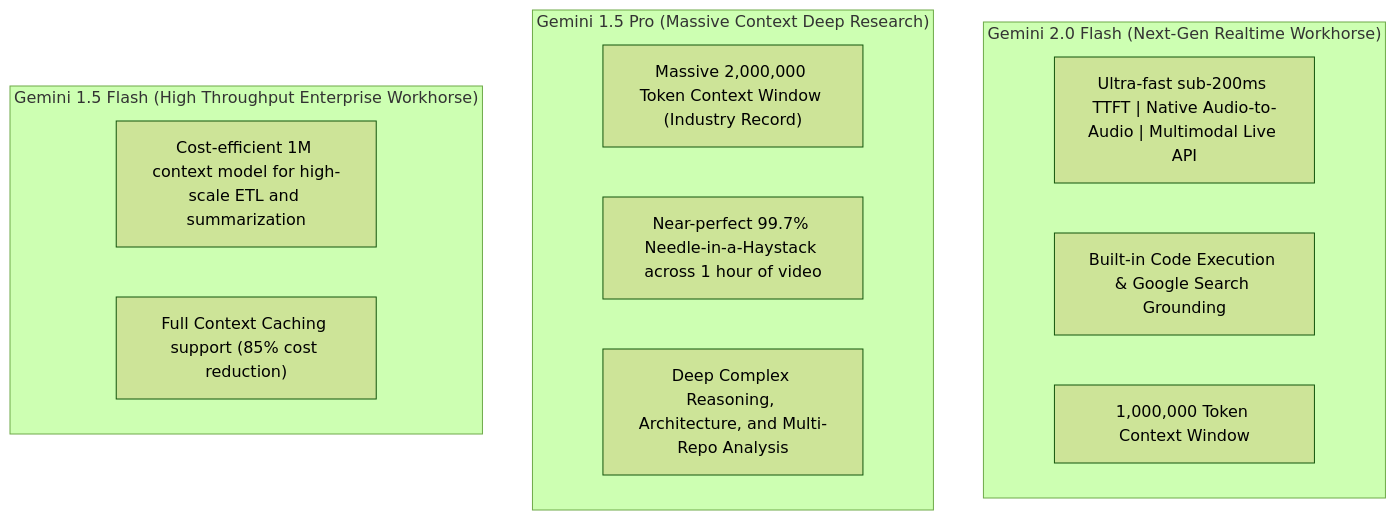
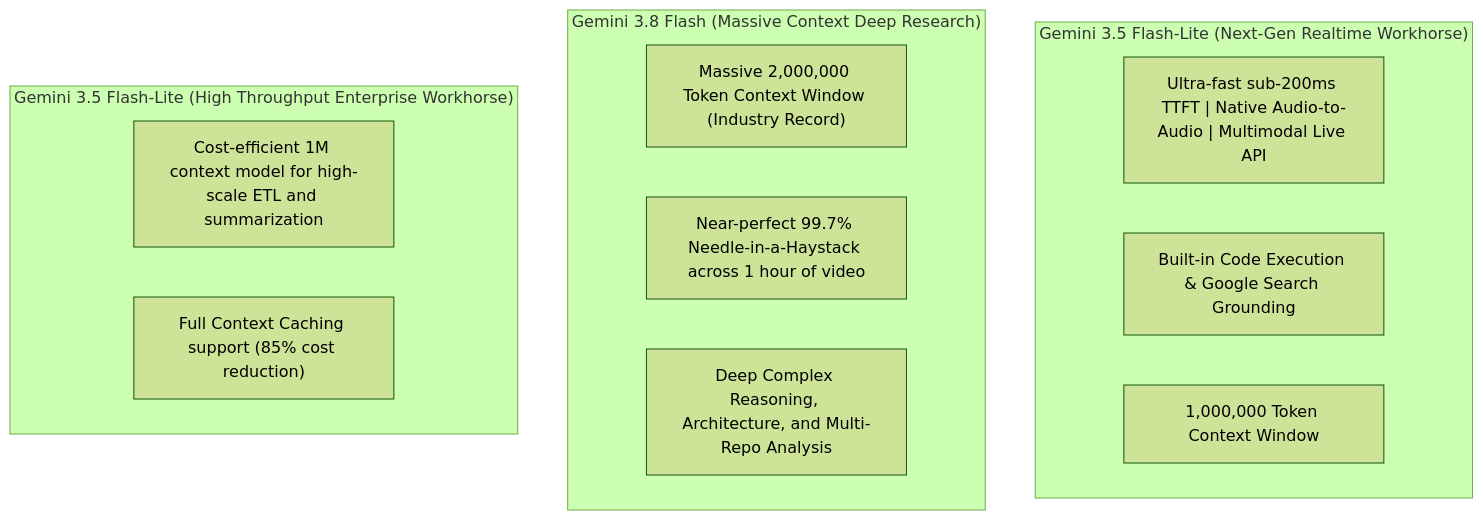
The second of 17 diagrams in README.md (TheLearningHubOrg/learn-gemini), drawn with Mermaid (forest theme) before and after one commit. The commit also changed other lines of this file, not shown here.

Commit message:
Update README to Gemini 3.x models and current SDK guidance

````diff
--- a/README.md
+++ b/README.md
@@ -44,19 +44,19 @@
 ```mermaid
 graph TD
-    subgraph Flash2["Gemini 2.0 Flash (Next-Gen Realtime Workhorse)"]
+    subgraph Flash2["Gemini 3.5 Flash-Lite (Next-Gen Realtime Workhorse)"]
         F1["Ultra-fast sub-200ms TTFT | Native Audio-to-Audio | Multimodal Live API"]
         F2["Built-in Code Execution & Google Search Grounding"]
         F3["1,000,000 Token Context Window"]
     end
 
-    subgraph Pro15["Gemini 1.5 Pro (Massive Context Deep Research)"]
+    subgraph Pro15["Gemini 3.8 Flash (Massive Context Deep Research)"]
         P1["Massive 2,000,000 Token Context Window (Industry Record)"]
         P2["Near-perfect 99.7% Needle-in-a-Haystack across 1 hour of video"]
         P3["Deep Complex Reasoning, Architecture, and Multi-Repo Analysis"]
     end
 
-    subgraph Flash15["Gemini 1.5 Flash (High Throughput Enterprise Workhorse)"]
+    subgraph Flash15["Gemini 3.5 Flash-Lite (High Throughput Enterprise Workhorse)"]
         FL1["Cost-efficient 1M context model for high-scale ETL and summarization"]
         FL2["Full Context Caching support (85% cost reduction)"]
     end
 ```
````
